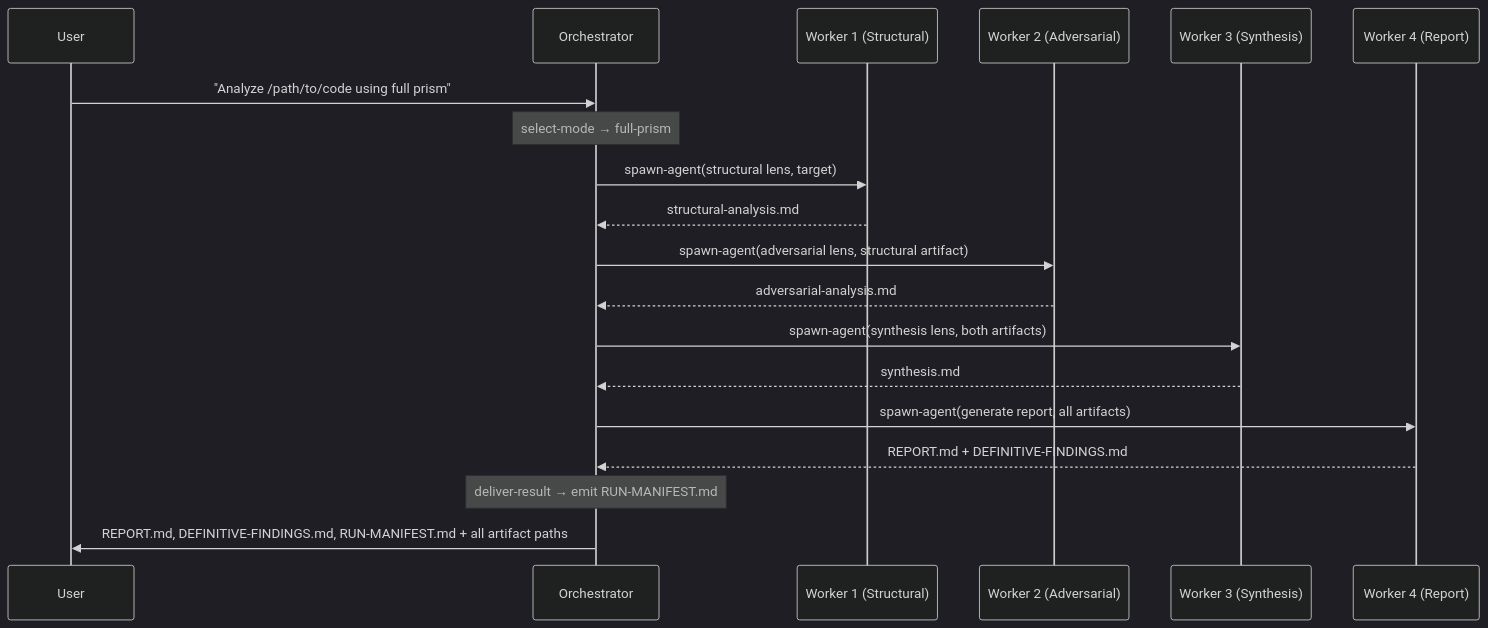
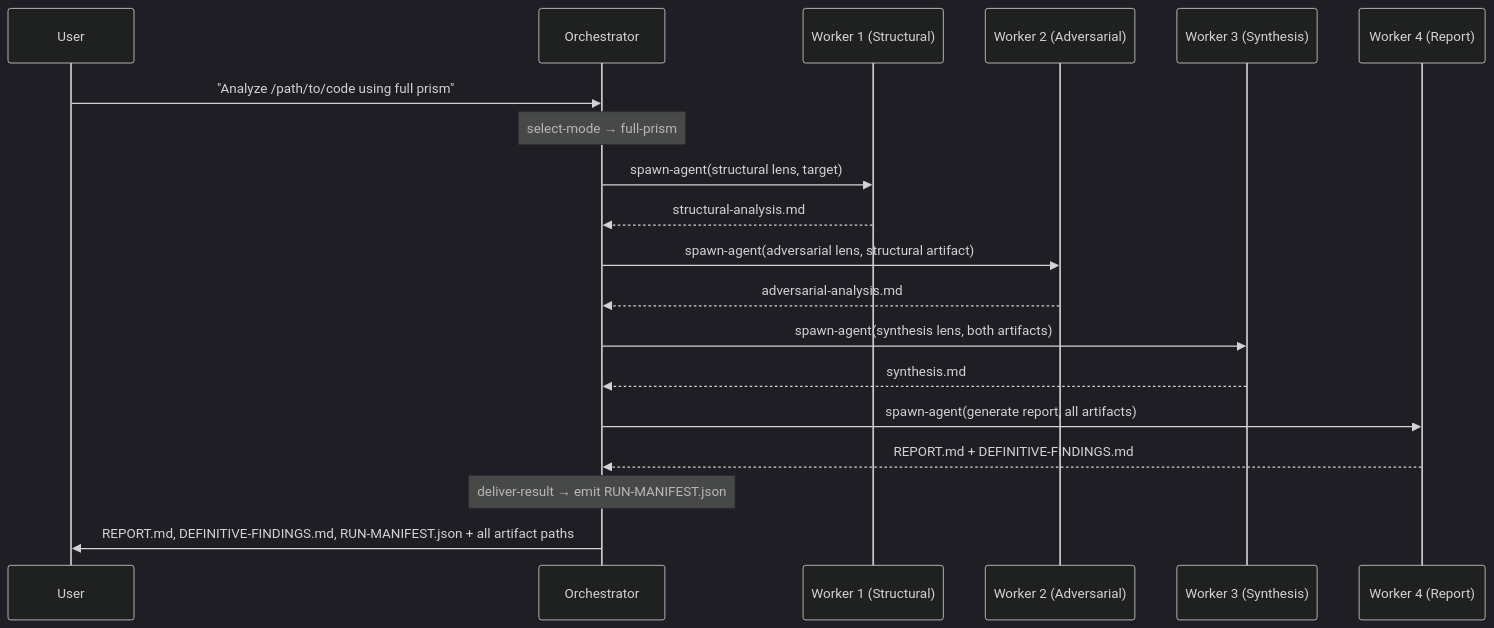
One commit to m2ux/workflow-server changed the second of 2 diagrams in prism/README.md. Above: the diagram before and after it, drawn with Mermaid (dark theme). The commit also changed other lines of this file and 33 other files, not shown here.

````diff
--- a/prism/README.md
+++ b/prism/README.md
@@ -263,27 +263,27 @@
 ```mermaid
 sequenceDiagram
     participant User
     participant Orch as Orchestrator
     participant W1 as Worker 1 (Structural)
     participant W2 as Worker 2 (Adversarial)
     participant W3 as Worker 3 (Synthesis)
     participant W4 as Worker 4 (Report)
 
     User->>Orch: "Analyze /path/to/code using full prism"
     Note over Orch: select-mode → full-prism
 
     Orch->>W1: spawn-agent(structural lens, target)
     W1-->>Orch: structural-analysis.md
 
     Orch->>W2: spawn-agent(adversarial lens, structural artifact)
     W2-->>Orch: adversarial-analysis.md
 
     Orch->>W3: spawn-agent(synthesis lens, both artifacts)
     W3-->>Orch: synthesis.md
 
     Orch->>W4: spawn-agent(generate report, all artifacts)
     W4-->>Orch: REPORT.md + DEFINITIVE-FINDINGS.md
-    Note over Orch: deliver-result → emit RUN-MANIFEST.md
+    Note over Orch: deliver-result → emit RUN-MANIFEST.json
 
-    Orch->>User: REPORT.md, DEFINITIVE-FINDINGS.md, RUN-MANIFEST.md + all artifact paths
+    Orch->>User: REPORT.md, DEFINITIVE-FINDINGS.md, RUN-MANIFEST.json + all artifact paths
 ```
````
